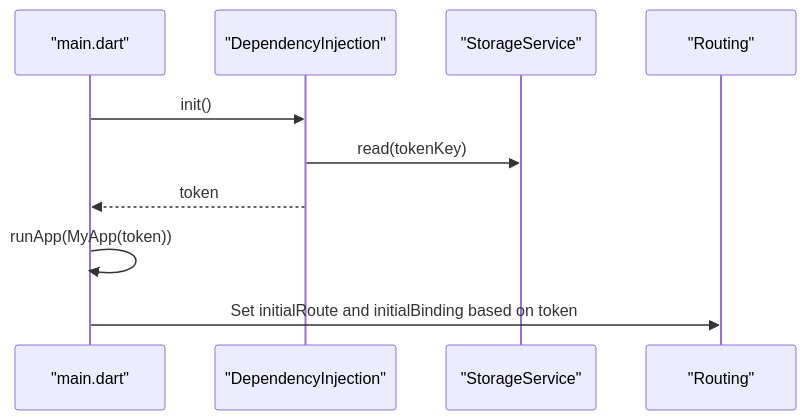
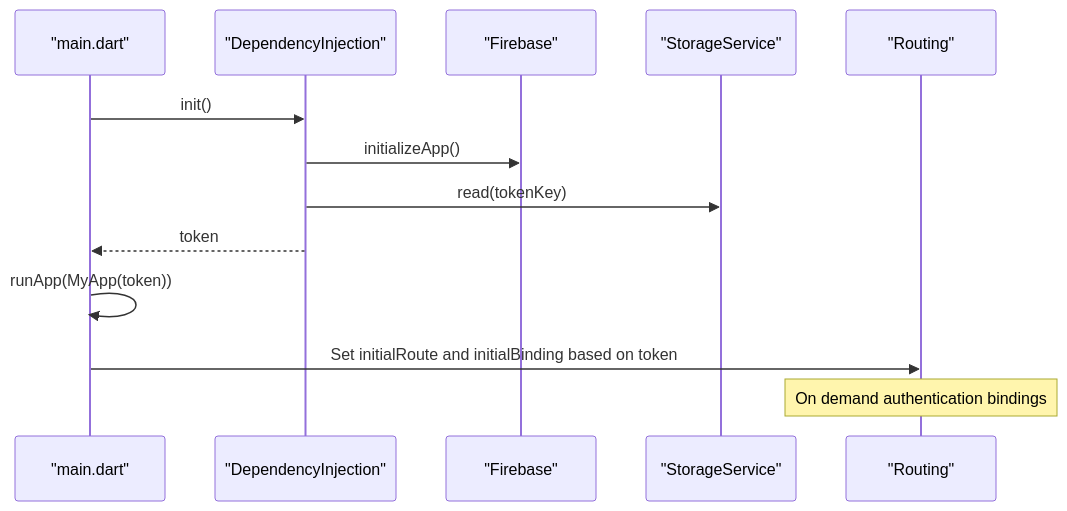
One commit to Ariful3111/FurniGo changed the tenth of 11 diagrams in .qoder/repowiki/en/content/Architecture Overview/Dependency Injection System.md. Above: the diagram before and after it, drawn with Mermaid. The commit also changed other lines of this file and 12 other files, not shown here.

````diff
--- a/.qoder/repowiki/en/content/Architecture Overview/Dependency Injection System.md
+++ b/.qoder/repowiki/en/content/Architecture Overview/Dependency Injection System.md
@@ -386,12 +517,15 @@
 ```mermaid
 sequenceDiagram
 participant M as "main.dart"
 participant D as "DependencyInjection"
+participant F as "Firebase"
 participant S as "StorageService"
 participant R as "Routing"
 M->>D : init()
+D->>F : initializeApp()
 D->>S : read(tokenKey)
 D-->>M : token
 M->>M : runApp(MyApp(token))
 M->>R : Set initialRoute and initialBinding based on token
+Note over R : On demand authentication bindings
 ```
````
